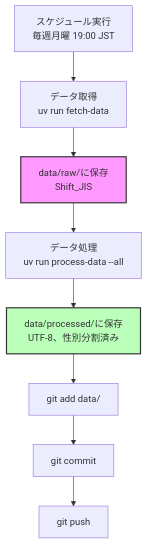
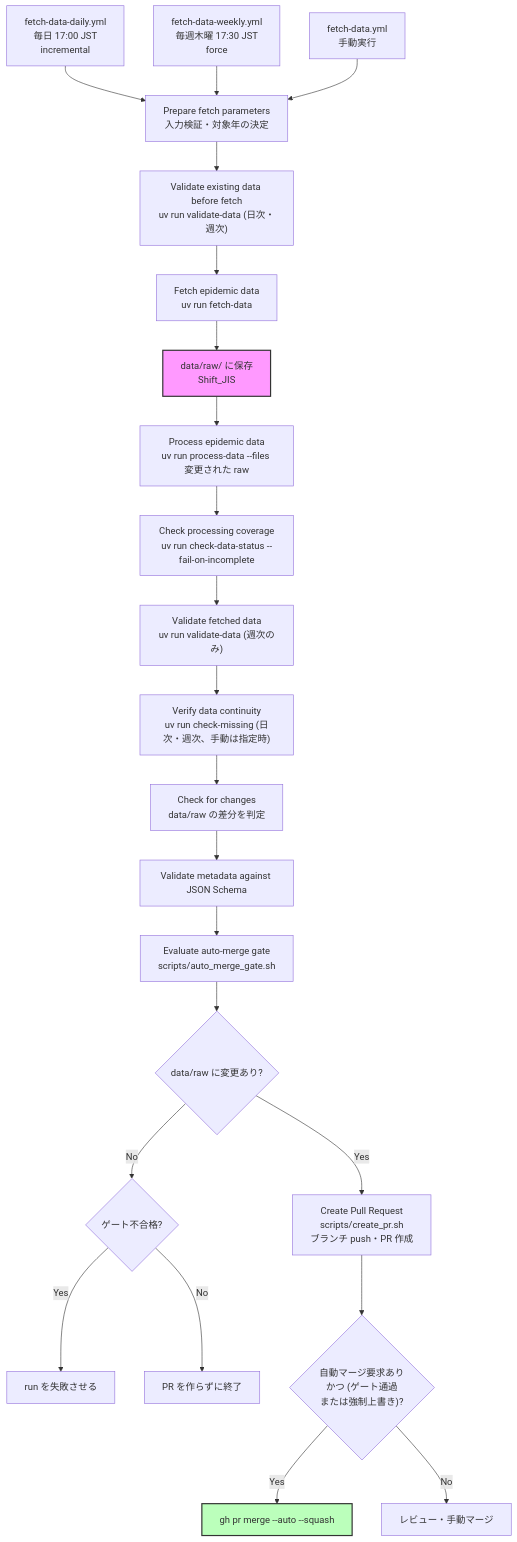
Before and after one commit to kambarakun/fetch-tokyo-idsc-github-actions: the second of 4 diagrams in docs/data_structure_design.md, drawn with Mermaid. The commit also changed other lines of this file and 7 other files, not shown here.

````diff
--- a/docs/data_structure_design.md
+++ b/docs/data_structure_design.md
@@ -237,13 +258,27 @@
 ```mermaid
 flowchart TD
-    Schedule[スケジュール実行<br/>毎週月曜 19:00 JST] --> Fetch[データ取得<br/>uv run fetch-data]
-    Fetch --> SaveRaw[data/raw/に保存<br/>Shift_JIS]
-    SaveRaw --> Process[データ処理<br/>uv run process-data --all]
-    Process --> SaveProcessed[data/processed/に保存<br/>UTF-8、性別分割済み]
-    SaveProcessed --> GitAdd[git add data/]
-    GitAdd --> GitCommit[git commit]
-    GitCommit --> GitPush[git push]
+    Daily["fetch-data-daily.yml<br/>毎日 17:00 JST<br/>incremental"] --> Params
+    Weekly["fetch-data-weekly.yml<br/>毎週木曜 17:30 JST<br/>force"] --> Params
+    Manual["fetch-data.yml<br/>手動実行"] --> Params
+    Params["Prepare fetch parameters<br/>入力検証・対象年の決定"] --> ValBefore["Validate existing data before fetch<br/>uv run validate-data (日次・週次)"]
+    ValBefore --> Fetch["Fetch epidemic data<br/>uv run fetch-data"]
+    Fetch --> SaveRaw["data/raw/ に保存<br/>Shift_JIS"]
+    SaveRaw --> Process["Process epidemic data<br/>uv run process-data --files 変更された raw"]
+    Process --> Coverage["Check processing coverage<br/>uv run check-data-status --fail-on-incomplete"]
+    Coverage --> ValAfter["Validate fetched data<br/>uv run validate-data (週次のみ)"]
+    ValAfter --> Continuity["Verify data continuity<br/>uv run check-missing (日次・週次、手動は指定時)"]
+    Continuity --> Changes["Check for changes<br/>data/raw の差分を判定"]
+    Changes --> Schema["Validate metadata against JSON Schema"]
+    Schema --> Gate["Evaluate auto-merge gate<br/>scripts/auto_merge_gate.sh"]
+    Gate --> HasChanges{"data/raw に変更あり?"}
+    HasChanges -->|Yes| CreatePR["Create Pull Request<br/>scripts/create_pr.sh<br/>ブランチ push・PR 作成"]
+    HasChanges -->|No| Blocked{"ゲート不合格?"}
+    Blocked -->|Yes| FailRun["run を失敗させる"]
+    Blocked -->|No| NoPR["PR を作らずに終了"]
+    CreatePR --> Merge{"自動マージ要求あり<br/>かつ (ゲート通過<br/>または強制上書き)?"}
+    Merge -->|Yes| AutoMerge["gh pr merge --auto --squash"]
+    Merge -->|No| Review["レビュー・手動マージ"]
 
     style SaveRaw fill:#f9f,stroke:#333,stroke-width:2px
-    style SaveProcessed fill:#bfb,stroke:#333,stroke-width:2px
+    style AutoMerge fill:#bfb,stroke:#333,stroke-width:2px
 ```
````
